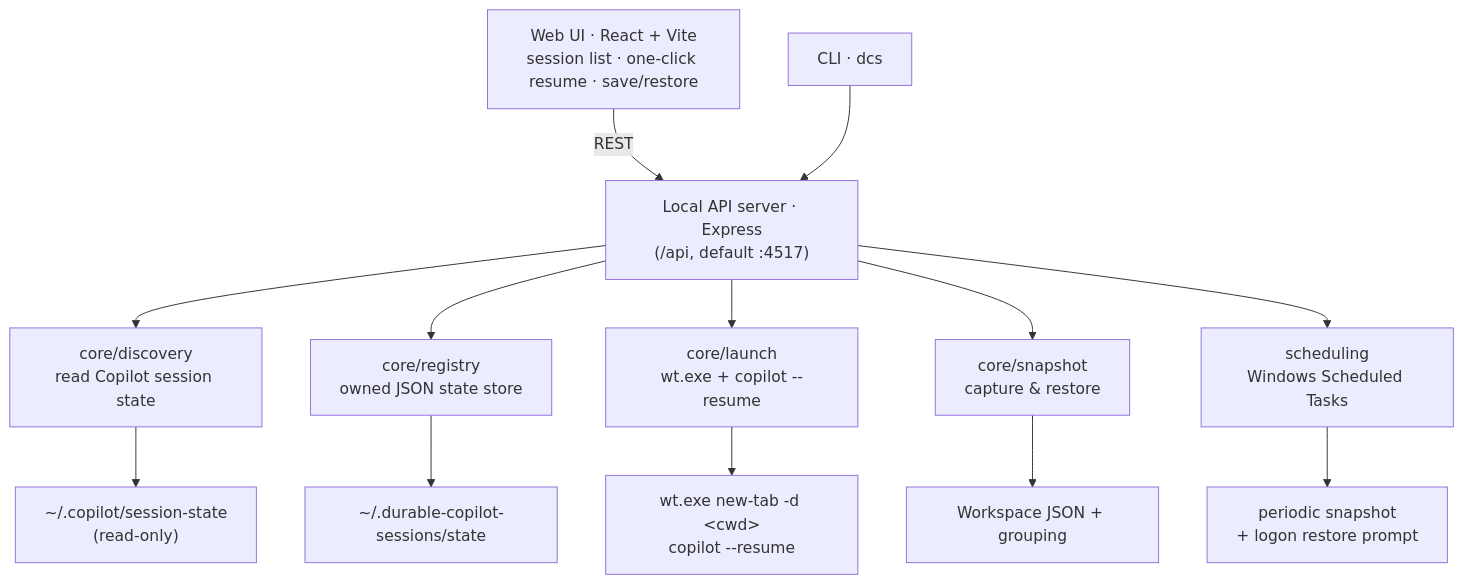
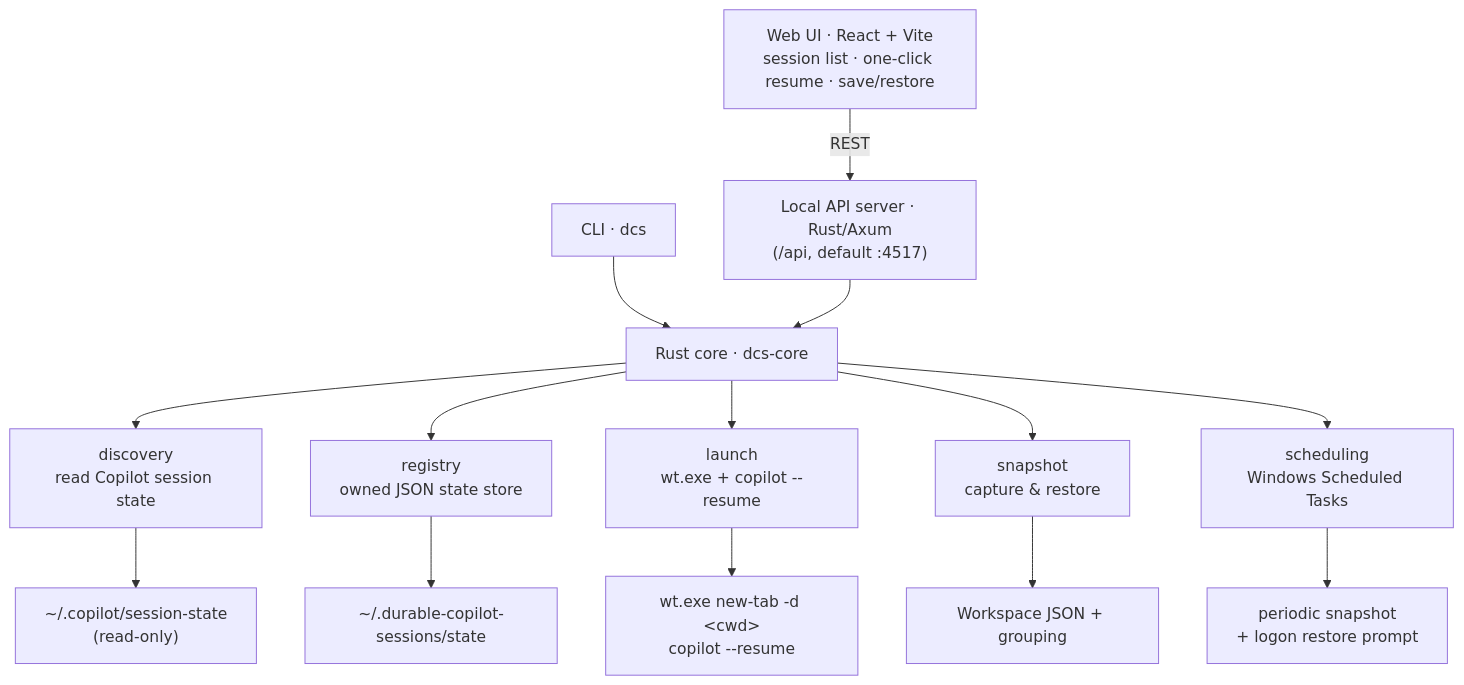
One commit to namra98/durable-copilot-sessions changed the diagram in README.md. Above: the diagram before and after it, drawn with Mermaid. The commit also changed other lines of this file and 15 other files, not shown here.

Commit message:
Cut over dcs packaging to Rust backend

````diff
--- a/README.md
+++ b/README.md
@@ -235,21 +242,22 @@
 ```mermaid
 flowchart TB
     web["Web UI · React + Vite<br/>session list · one-click resume · save/restore"]
     cli["CLI · dcs"]
-    api["Local API server · Express<br/>(/api, default :4517)"]
+    api["Local API server · Rust/Axum<br/>(/api, default :4517)"]
 
     web -->|REST| api
-    cli --> api
+    cli --> core["Rust core · dcs-core"]
+    api --> core
 
-    api --> discovery["core/discovery<br/>read Copilot session state"]
-    api --> registry["core/registry<br/>owned JSON state store"]
-    api --> launch["core/launch<br/>wt.exe + copilot --resume"]
-    api --> snapshot["core/snapshot<br/>capture &amp; restore"]
-    api --> scheduling["scheduling<br/>Windows Scheduled Tasks"]
+    core --> discovery["discovery<br/>read Copilot session state"]
+    core --> registry["registry<br/>owned JSON state store"]
+    core --> launch["launch<br/>wt.exe + copilot --resume"]
+    core --> snapshot["snapshot<br/>capture &amp; restore"]
+    core --> scheduling["scheduling<br/>Windows Scheduled Tasks"]
 
     discovery --> d1["~/.copilot/session-state<br/>(read-only)"]
     registry --> d2["~/.durable-copilot-sessions/state"]
     launch --> d3["wt.exe new-tab -d &lt;cwd&gt;<br/>copilot --resume"]
     snapshot --> d4["Workspace JSON + grouping"]
     scheduling --> d5["periodic snapshot<br/>+ logon restore prompt"]
 ```
````
